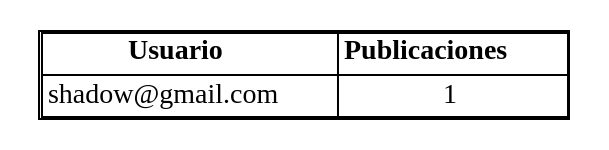
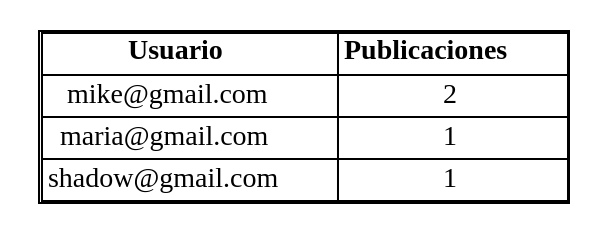
The diagram in Fase1/output/Top5Usuarios.dot (Kevin-alvarez1/PROYECTO_MULTIFASES_RED_SOCIAL), drawn with Graphviz before and after one commit. The commit also changed 21 other files, not shown here.

```diff
--- a/Fase1/output/Top5Usuarios.dot
+++ b/Fase1/output/Top5Usuarios.dot
@@ -1,8 +1,10 @@
 digraph G {
 node [shape=plaintext];
 Top5Usuarios [label=<
 <table border='1' cellborder='1' cellspacing='0'>
 <tr><td><b>Usuario</b></td><td><b>Publicaciones</b></td></tr>
+<tr><td>mike@gmail.com</td><td>2</td></tr>
+<tr><td>maria@gmail.com</td><td>1</td></tr>
 <tr><td>shadow@gmail.com</td><td>1</td></tr>
 </table>>];
 }
```
